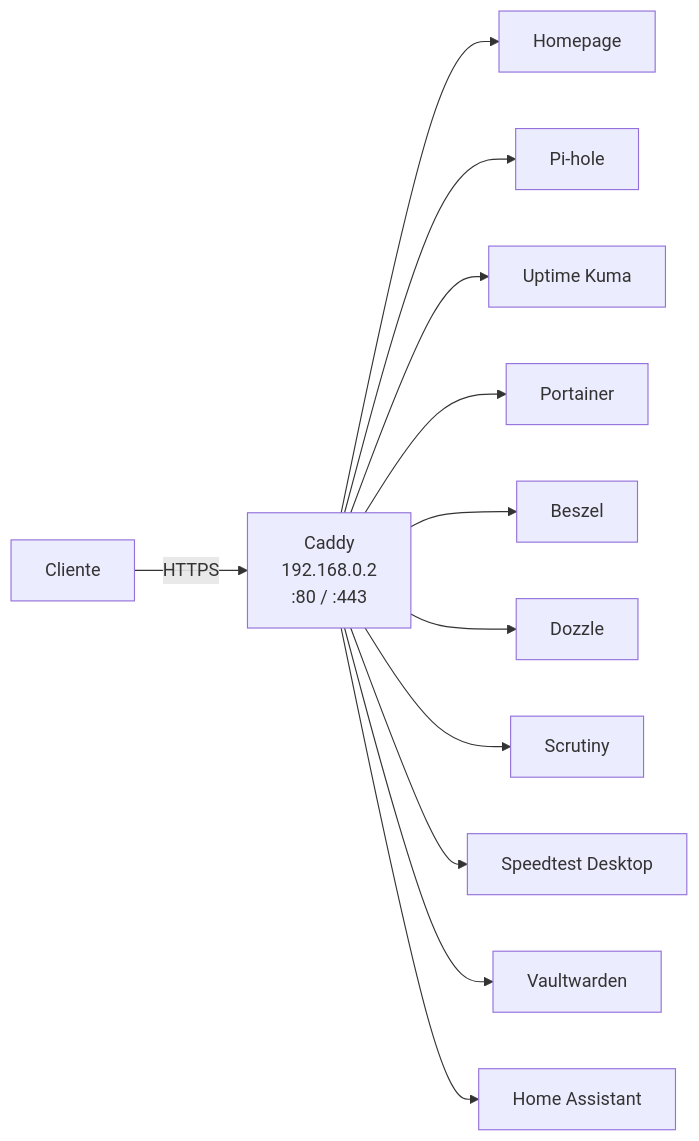
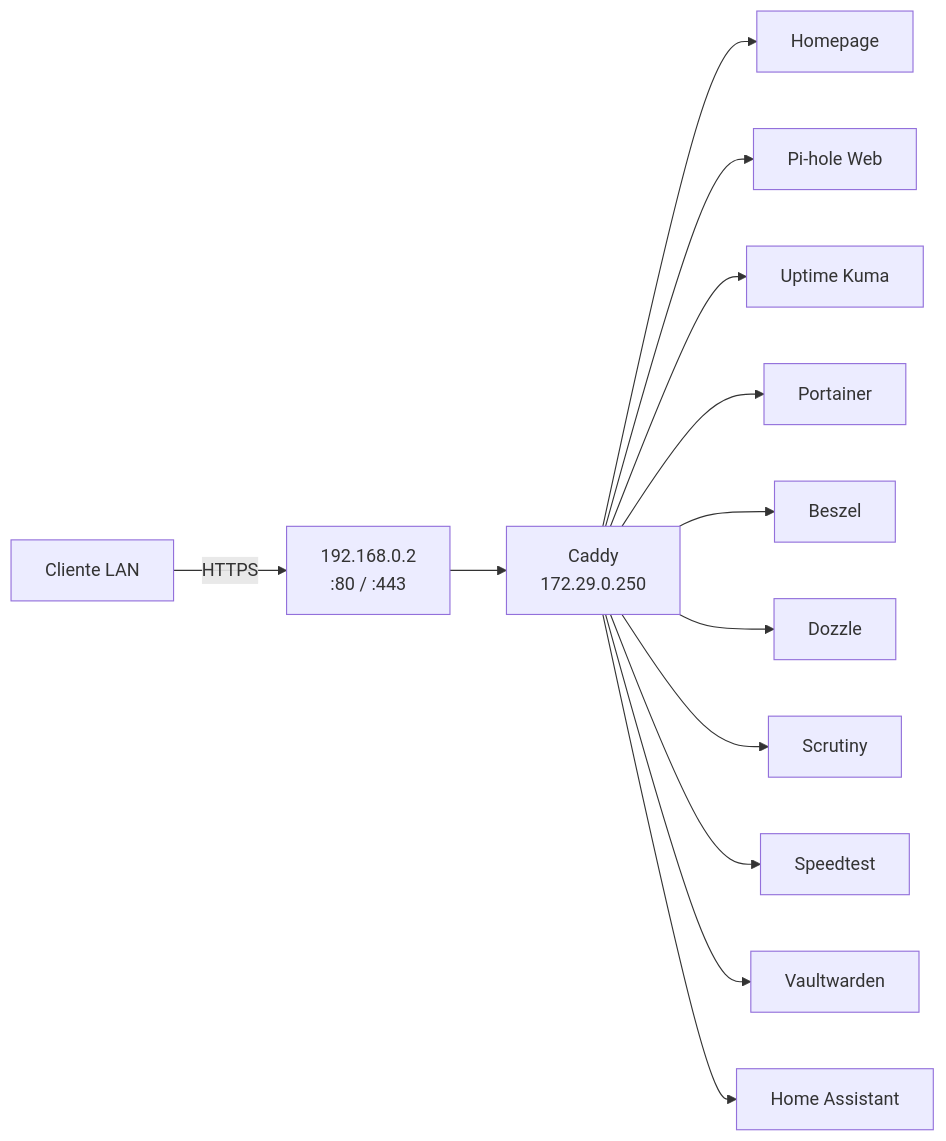
The fourth of 12 diagrams in docs/architecture.md (satrohoria/homelab-infra), drawn with Mermaid before and after one commit. The commit also changed other lines of this file and 3 other files, not shown here.

Commit message:
Update homelab architecture and hardening docs

````diff
--- a/docs/architecture.md
+++ b/docs/architecture.md
@@ -138,31 +238,34 @@
 ```mermaid
 flowchart LR
 
-    Client["Cliente"]
+    Client["Cliente LAN"]
 
-    Caddy["Caddy<br/>192.168.0.2<br/>:80 / :443"]
+    Host["192.168.0.2<br/>:80 / :443"]
+
+    Caddy["Caddy<br/>172.29.0.250"]
 
     Homepage["Homepage"]
-    Pihole["Pi-hole"]
+    Pihole["Pi-hole Web"]
     Kuma["Uptime Kuma"]
     Portainer["Portainer"]
     Beszel["Beszel"]
     Dozzle["Dozzle"]
     Scrutiny["Scrutiny"]
-    Speed["Speedtest Desktop"]
+    Speed["Speedtest"]
     Vault["Vaultwarden"]
     HA["Home Assistant"]
 
-    Client -->|HTTPS| Caddy
+    Client -->|"HTTPS"| Host
+    Host --> Caddy
 
     Caddy --> Homepage
     Caddy --> Pihole
     Caddy --> Kuma
     Caddy --> Portainer
     Caddy --> Beszel
     Caddy --> Dozzle
     Caddy --> Scrutiny
     Caddy --> Speed
     Caddy --> Vault
     Caddy --> HA
 ```
````
